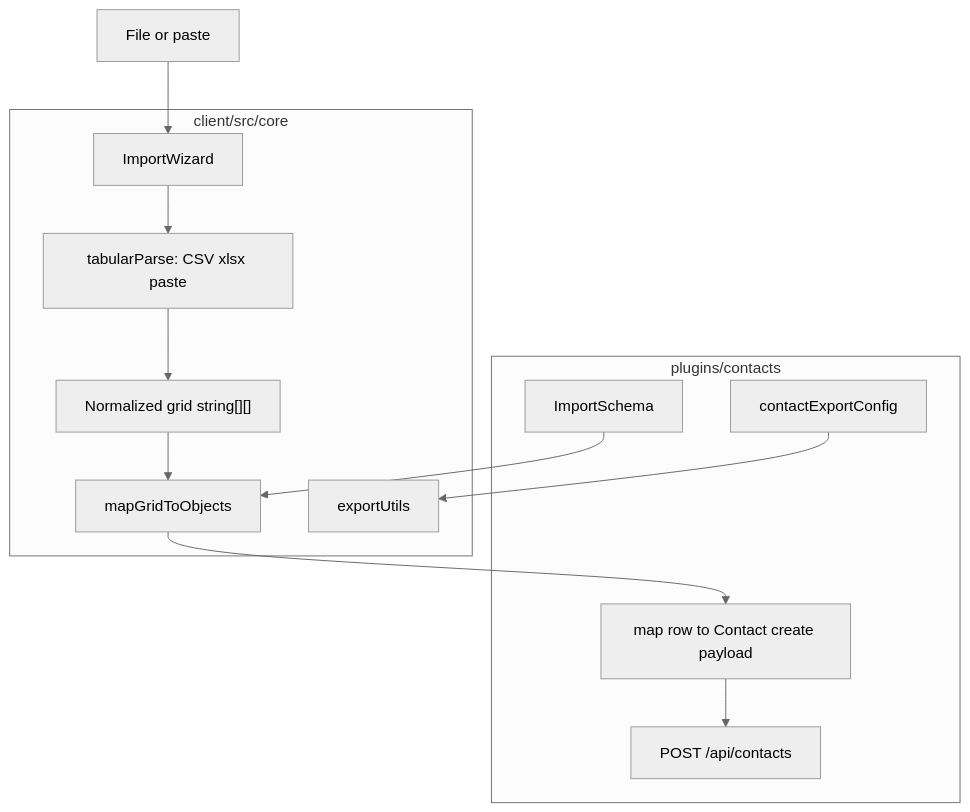
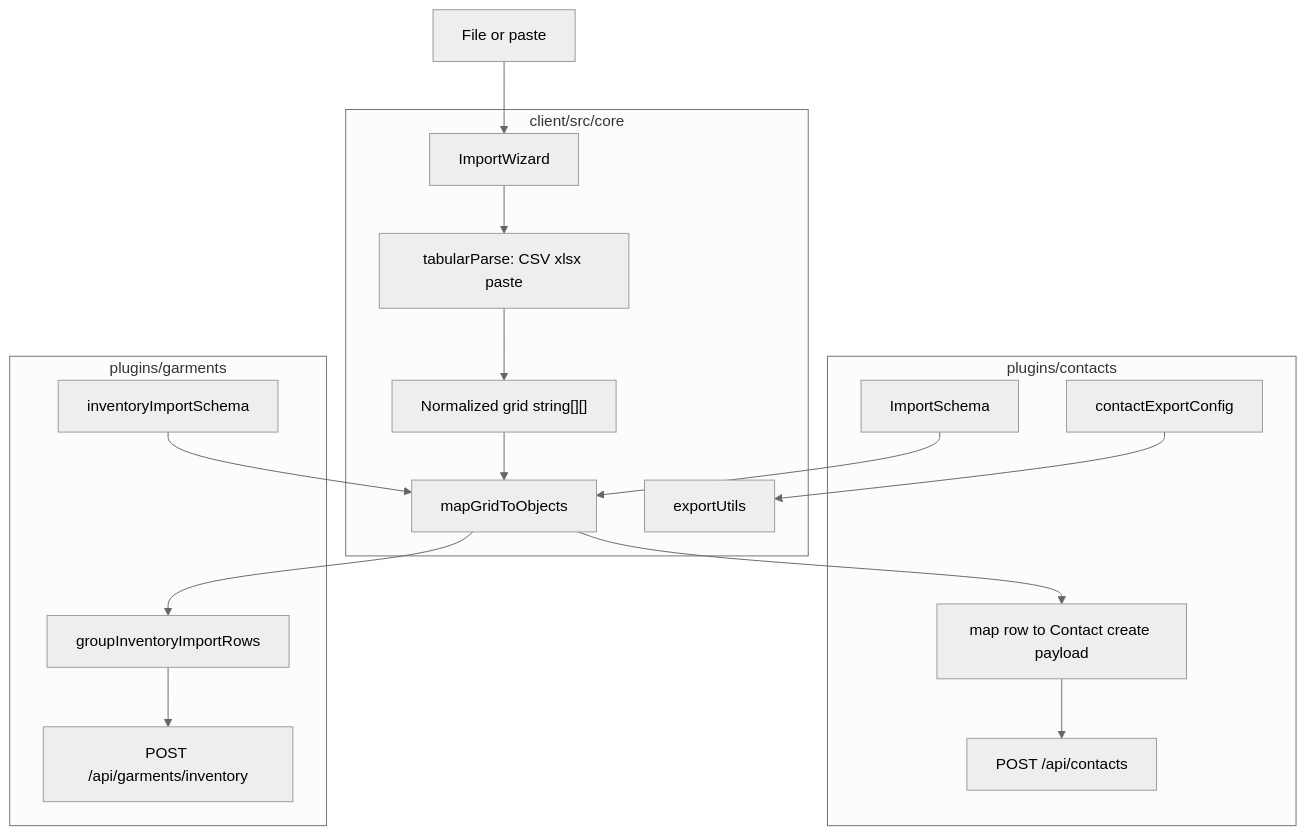
Before and after one commit to cyanostudios/homebase: the diagram in docs/ai/adr/TABULAR_IMPORT_EXPORT.md, drawn with Mermaid (neutral theme). The commit also changed other lines of this file and 25 other files, not shown here.

First line of the commit message:
feat(garments): add inventory import settings and improve ImportWizard

````diff
--- a/docs/ai/adr/TABULAR_IMPORT_EXPORT.md
+++ b/docs/ai/adr/TABULAR_IMPORT_EXPORT.md
@@ -58,24 +58,32 @@
 ```mermaid
 flowchart TB
   subgraph core [client/src/core]
     Wizard[ImportWizard]
     Parse[tabularParse: CSV xlsx paste]
     Grid["Normalized grid string[][]"]
     Map[mapGridToObjects]
     Export[exportUtils]
   end
 
   subgraph contacts [plugins/contacts]
     Schema[ImportSchema]
     MapRow[map row to Contact create payload]
     API["POST /api/contacts"]
     ExpCfg[contactExportConfig]
   end
 
+  subgraph garments [plugins/garments]
+    GSchema[inventoryImportSchema]
+    Group[groupInventoryImportRows]
+    GAPI["POST /api/garments/inventory"]
+  end
+
   User[File or paste] --> Wizard
   Wizard --> Parse --> Grid
   Grid --> Map
   Schema --> Map
   Map --> MapRow --> API
+  GSchema --> Map
+  Map --> Group --> GAPI
   ExpCfg --> Export
 ```
````
